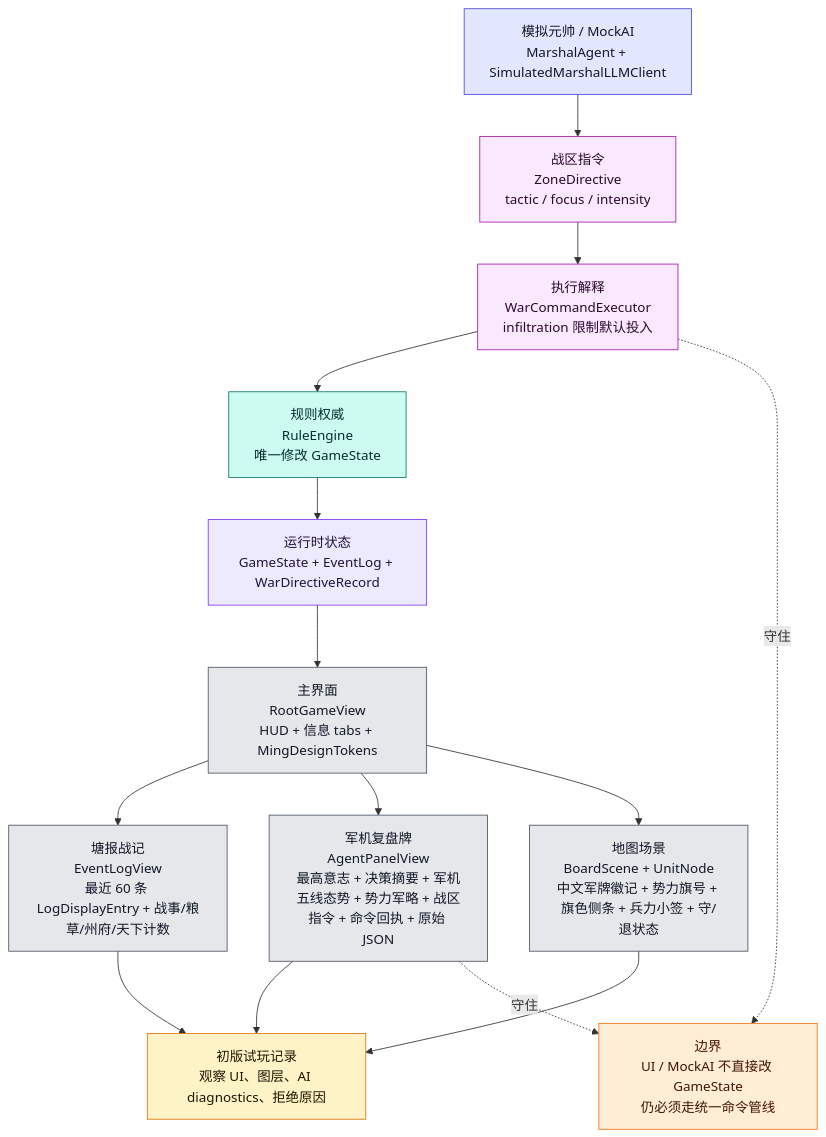
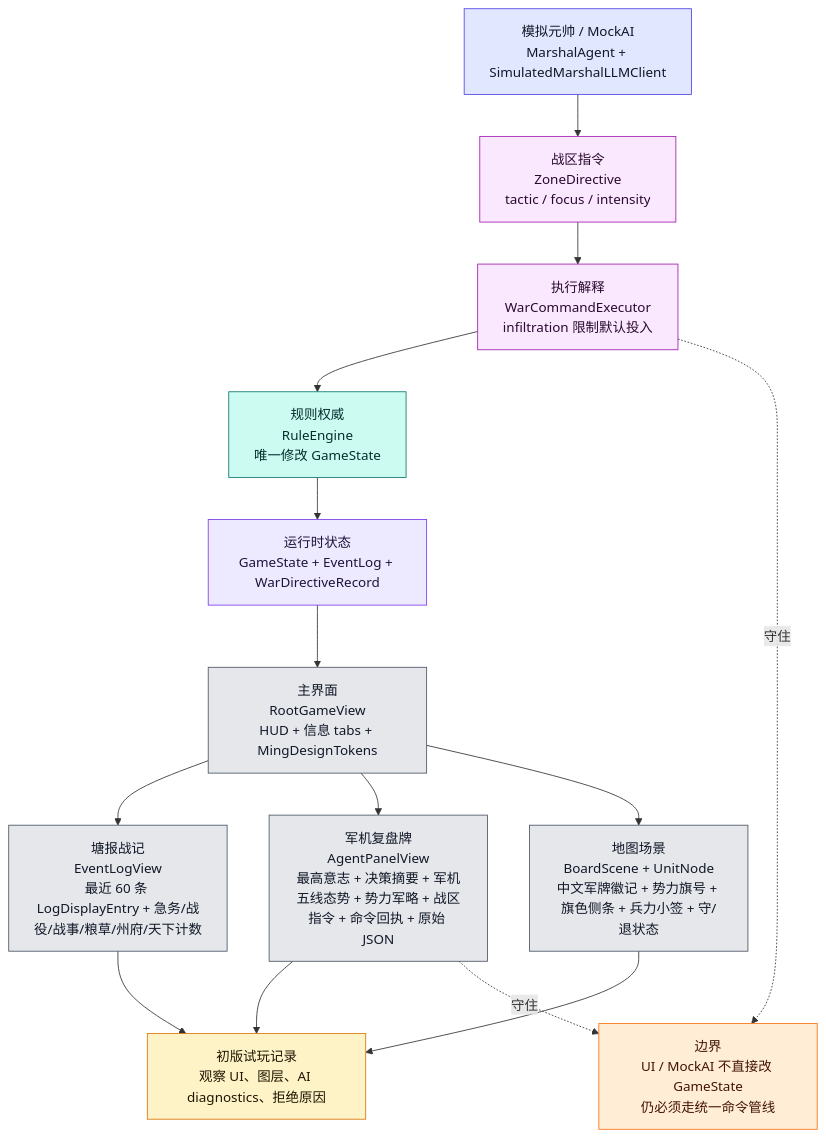
Before and after one commit to Altman-sam114/123: the eighth of 9 diagrams in md/flow/flowchart.md, drawn with Mermaid. The commit also changed other lines of this file and 6 other files, not shown here.

````diff
--- a/md/flow/flowchart.md
+++ b/md/flow/flowchart.md
@@ -482,34 +482,34 @@
 ```mermaid
 flowchart TD
     STATE["运行时状态<br/>GameState + EventLog + WarDirectiveRecord"]:::state
     ROOT["主界面<br/>RootGameView<br/>HUD + 信息 tabs + MingDesignTokens"]:::ui
-    LOG["塘报战记<br/>EventLogView<br/>最近 60 条 LogDisplayEntry + 战事/粮草/州府/天下计数"]:::ui
+    LOG["塘报战记<br/>EventLogView<br/>最近 60 条 LogDisplayEntry + 急务/战役/战事/粮草/州府/天下计数"]:::ui
     AIUI["军机复盘牌<br/>AgentPanelView<br/>最高意志 + 决策摘要 + 军机五线态势 + 势力军略 + 战区指令 + 命令回执 + 原始 JSON"]:::ui
     BOARD["地图场景<br/>BoardScene + UnitNode<br/>中文军牌徽记 + 势力旗号 + 旗色侧条 + 兵力小签 + 守/退状态"]:::ui
     MARSHAL["模拟元帅 / MockAI<br/>MarshalAgent + SimulatedMarshalLLMClient"]:::ai
     ZD["战区指令<br/>ZoneDirective<br/>tactic / focus / intensity"]:::command
     WCE["执行解释<br/>WarCommandExecutor<br/>infiltration 限制默认投入"]:::command
     RULE["规则权威<br/>RuleEngine<br/>唯一修改 GameState"]:::rules
     PLAYTEST["初版试玩记录<br/>观察 UI、图层、AI diagnostics、拒绝原因"]:::doc
 
     STATE --> ROOT
     ROOT --> LOG
     ROOT --> AIUI
     ROOT --> BOARD
     MARSHAL --> ZD --> WCE --> RULE --> STATE
     AIUI --> PLAYTEST
     LOG --> PLAYTEST
     BOARD --> PLAYTEST
 
     WARN["边界<br/>UI / MockAI 不直接改 GameState<br/>仍必须走统一命令管线"]:::warn
     AIUI -.守住.-> WARN
     WCE -.守住.-> WARN
 
     classDef state fill:#ede9fe,stroke:#7c3aed,color:#1f143d
     classDef ui fill:#e5e7eb,stroke:#4b5563,color:#111827
     classDef ai fill:#e0e7ff,stroke:#4f46e5,color:#111827
     classDef command fill:#fae8ff,stroke:#a21caf,color:#2a0a2f
     classDef rules fill:#ccfbf1,stroke:#0f766e,color:#042f2e
     classDef doc fill:#fef3c7,stroke:#d97706,color:#1f1600
     classDef warn fill:#ffedd5,stroke:#f97316,color:#431407
 ```
````
